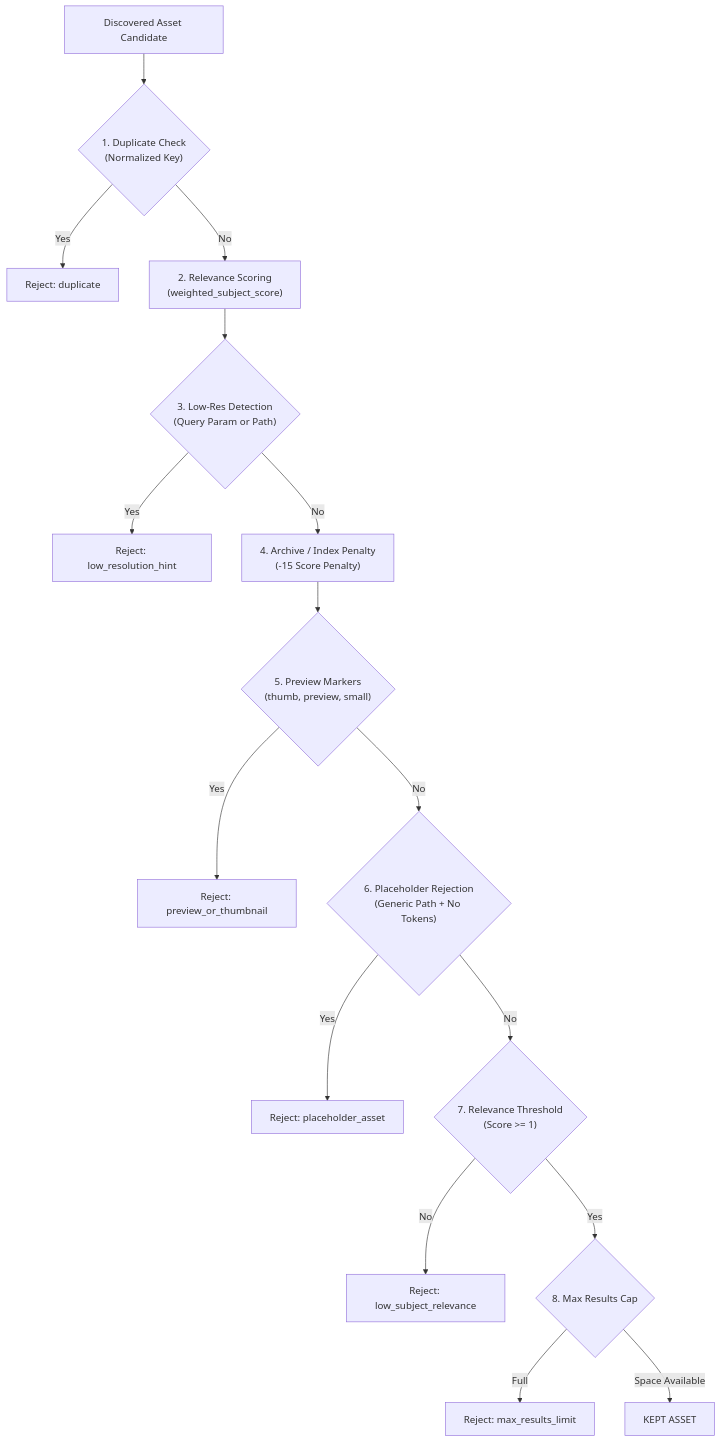
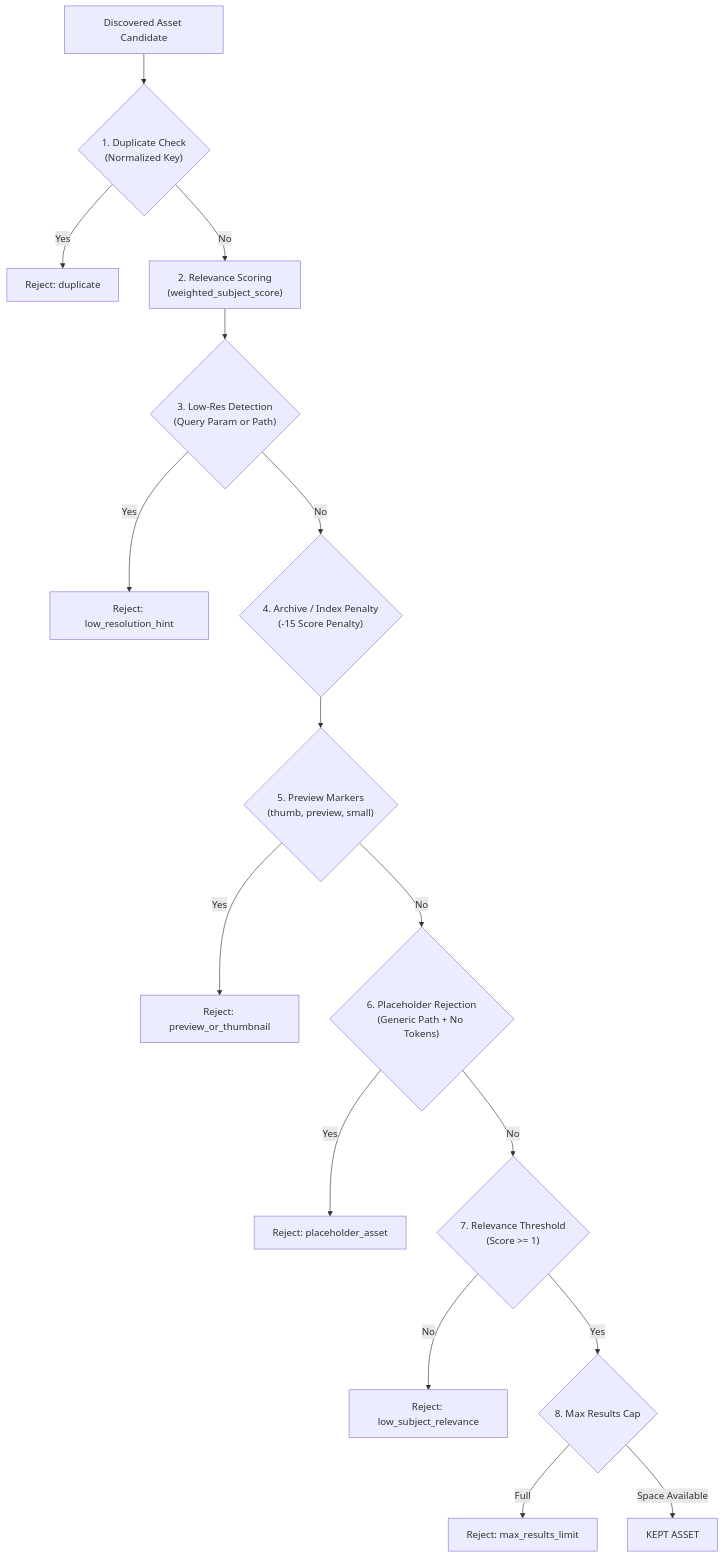
The diagram in docs/QUALITY_FILTERS.md (rhaffle87/scrAPE), drawn with Mermaid before and after one commit. The commit also changed other lines of this file and 24 other files, not shown here.

````diff
--- a/docs/QUALITY_FILTERS.md
+++ b/docs/QUALITY_FILTERS.md
@@ -11,21 +10,21 @@
 ```mermaid
 flowchart TD
     A["Discovered Asset Candidate"] --> C1{"1. Duplicate Check<br/>(Normalized Key)"}
     C1 -- Yes --> R1["Reject: duplicate"]
     C1 -- No --> C2["2. Relevance Scoring<br/>(weighted_subject_score)"]
 
     C2 --> C3{"3. Low-Res Detection<br/>(Query Param or Path)"}
     C3 -- Yes --> R3["Reject: low_resolution_hint"]
-    C3 -- No --> C4["4. Archive / Index Penalty<br/>(-15 Score Penalty)"]
+    C3 -- No --> C4{"4. Archive / Index Penalty<br/>(-15 Score Penalty)"}
 
     C4 --> C5{"5. Preview Markers<br/>(thumb, preview, small)"}
     C5 -- Yes --> R5["Reject: preview_or_thumbnail"]
     C5 -- No --> C6{"6. Placeholder Rejection<br/>(Generic Path + No Tokens)"}
 
     C6 -- Yes --> R6["Reject: placeholder_asset"]
     C6 -- No --> C7{"7. Relevance Threshold<br/>(Score >= 1)"}
     C7 -- No --> R7["Reject: low_subject_relevance"]
     C7 -- Yes --> C8{"8. Max Results Cap"}
     C8 -- Full --> R8["Reject: max_results_limit"]
     C8 -- Space Available --> Keep["KEPT ASSET"]
 ```
````
